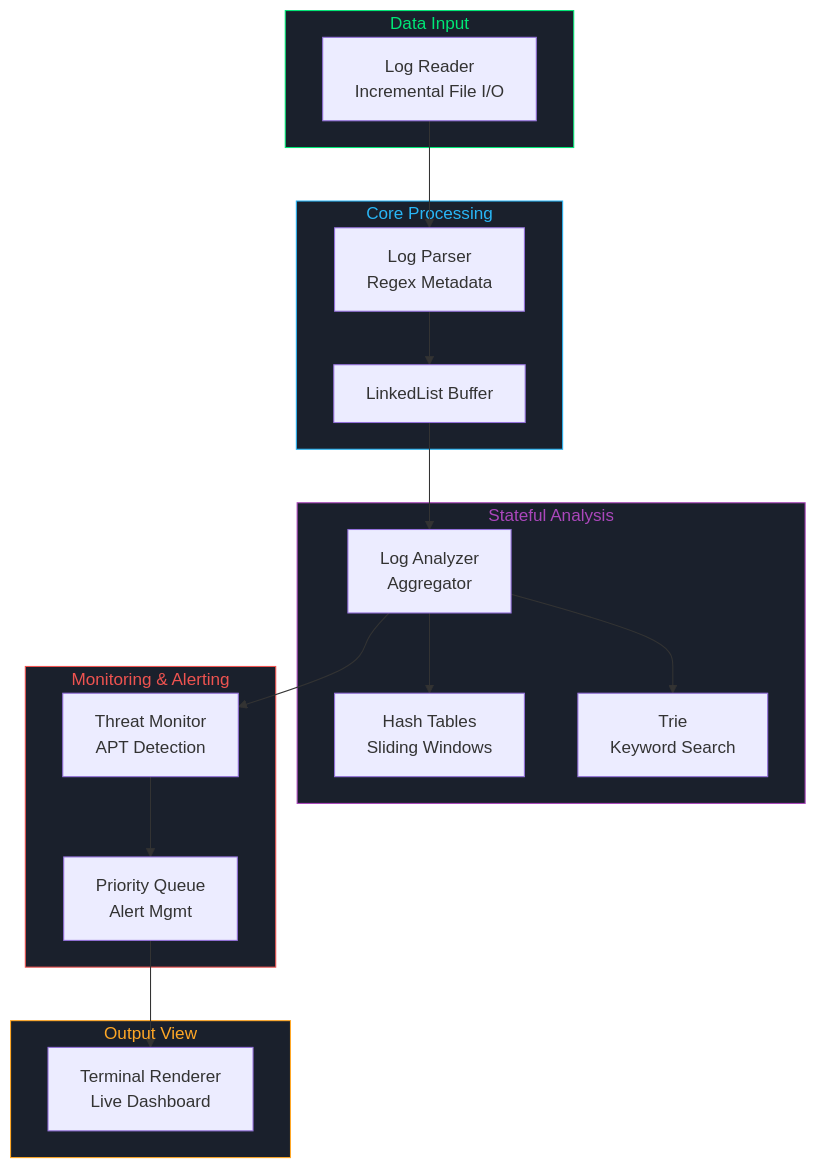
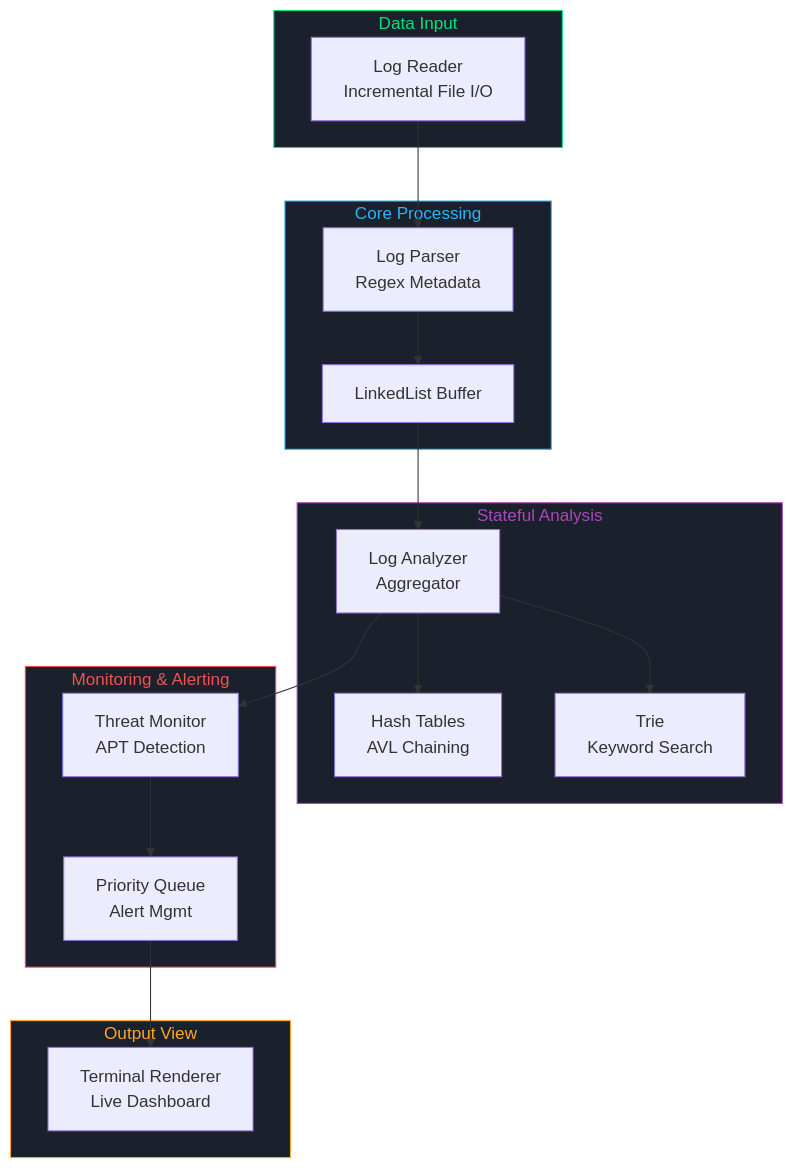
Before and after one commit to QCodesDS/syslog-analyzer-core: the diagram in README.md, drawn with Mermaid. The commit also changed other lines of this file, not shown here.

````diff
--- a/README.md
+++ b/README.md
@@ -49,41 +49,41 @@
 ```mermaid
 graph TD
     subgraph DataInput ["Data Input"]
         R[Log Reader<br>Incremental File I/O]
     end
 
     subgraph CoreProcessing ["Core Processing"]
         P[Log Parser<br>Regex Metadata]
         LP[LinkedList Buffer]
         P --> LP
     end
 
     subgraph StatefulAnalysis ["Stateful Analysis"]
         A[Log Analyzer<br>Aggregator]
-        HT[Hash Tables<br>Sliding Windows]
+        HT[Hash Tables<br>AVL Chaining]
         TR[Trie<br>Keyword Search]
         A --> HT
         A --> TR
     end
 
     subgraph MonitoringAlerting ["Monitoring & Alerting"]
         M[Threat Monitor<br>APT Detection]
         PQ[Priority Queue<br>Alert Mgmt]
         M --> PQ
     end
 
     subgraph OutputView ["Output View"]
         N[Terminal Renderer<br>Live Dashboard]
     end
 
     R --> P
     LP --> A
     A --> M
     PQ --> N
 
     style DataInput fill:#1A202C,color:#00E676,stroke:#00E676
     style CoreProcessing fill:#1A202C,color:#29B6F6,stroke:#29B6F6
     style StatefulAnalysis fill:#1A202C,color:#AB47BC,stroke:#AB47BC
     style MonitoringAlerting fill:#1A202C,color:#EF5350,stroke:#EF5350
     style OutputView fill:#1A202C,color:#FFA726,stroke:#FFA726
 ```
````
